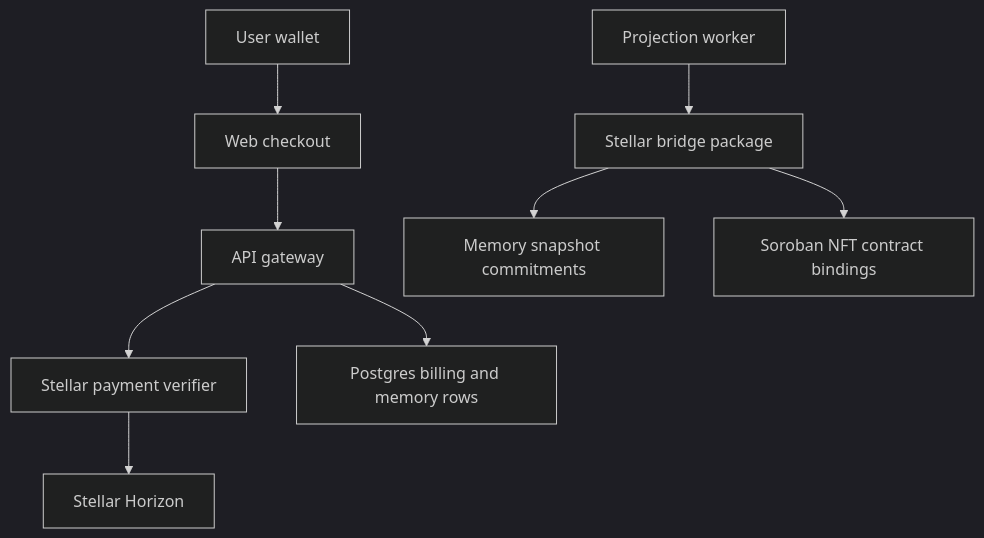
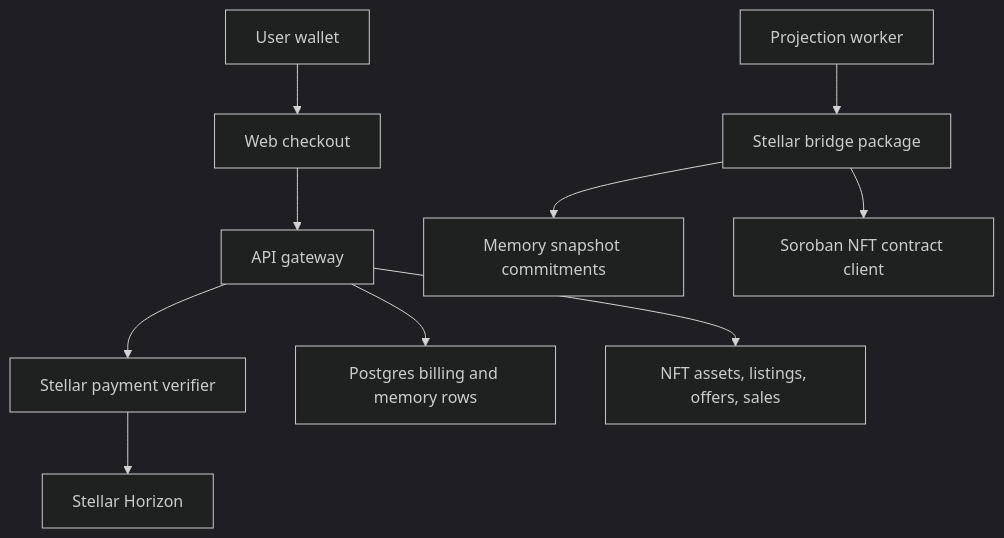
Before and after one commit to Afnanksalal/hana-chat: the diagram in docs/stellar-memory-and-monetization.md, drawn with Mermaid (dark theme). The commit also changed other lines of this file and 27 other files, not shown here.

````diff
--- a/docs/stellar-memory-and-monetization.md
+++ b/docs/stellar-memory-and-monetization.md
@@ -20,11 +23,12 @@
 ```mermaid
 flowchart TD
   User["User wallet"] --> Web["Web checkout"]
   Web --> Api["API gateway"]
   Api --> StellarPayments["Stellar payment verifier"]
   StellarPayments --> Horizon["Stellar Horizon"]
   Api --> Pg["Postgres billing and memory rows"]
   Worker["Projection worker"] --> Bridge["Stellar bridge package"]
   Bridge --> Snapshots["Memory snapshot commitments"]
-  Bridge --> Soroban["Soroban NFT contract bindings"]
+  Bridge --> Soroban["Soroban NFT contract client"]
+  Api --> NftMarket["NFT assets, listings, offers, sales"]
 ```
````
